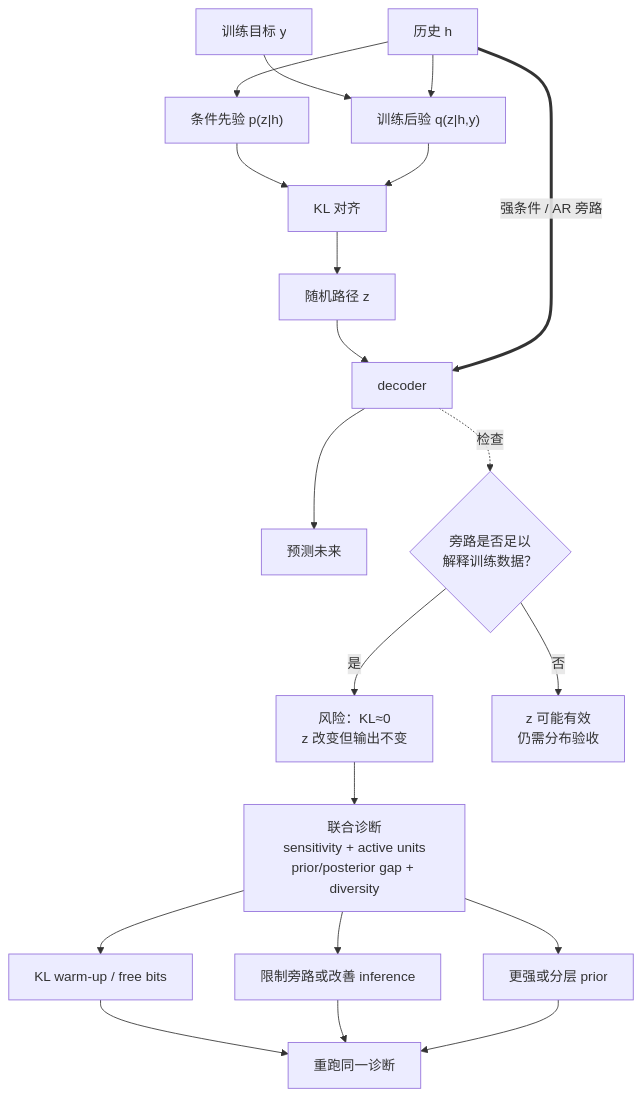
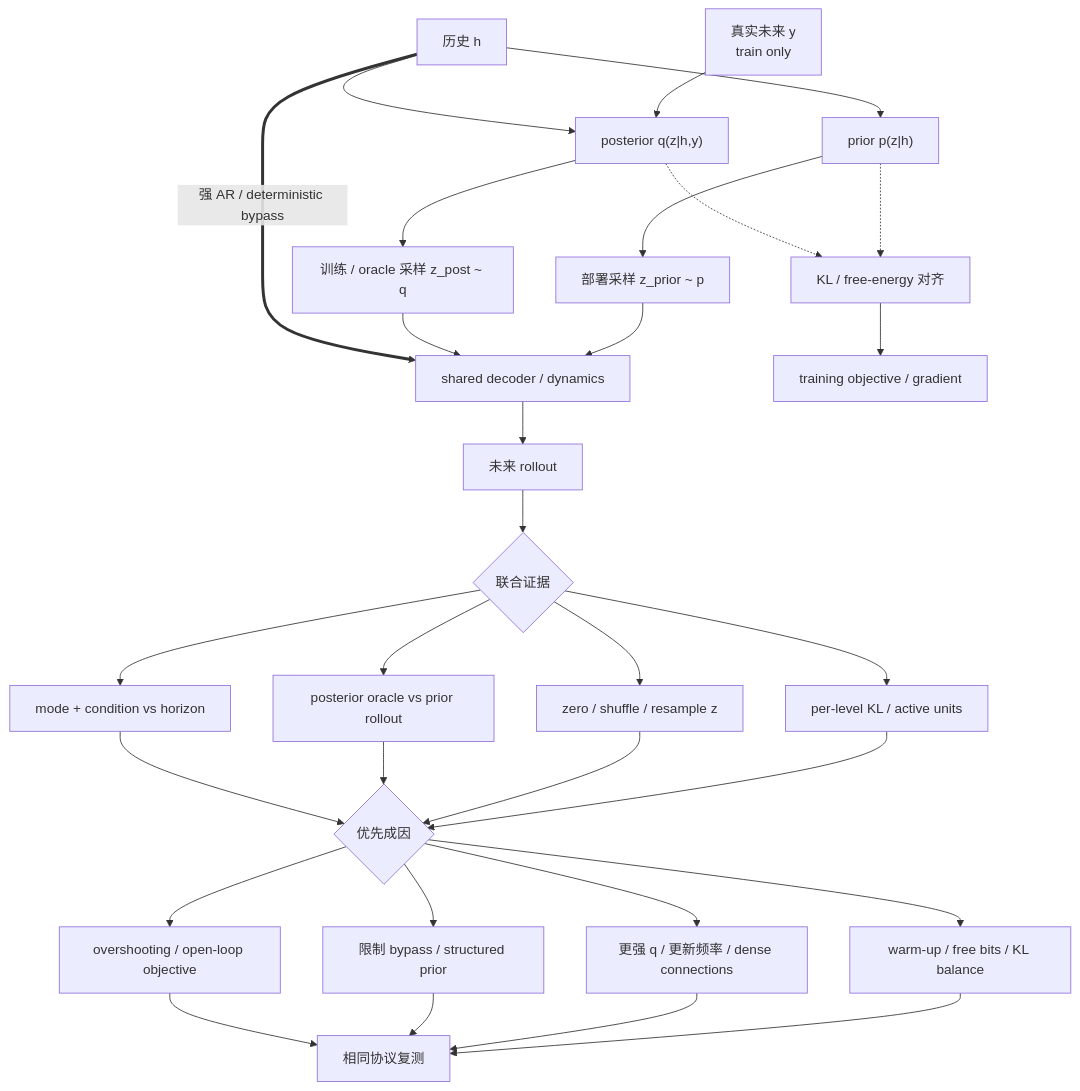
Before and after one commit to GVCLab/Video-Generation-101: the third of 3 diagrams in docs/generative-models/variational-generation.md, drawn with Mermaid. The commit also changed other lines of this file and 11 other files, not shown here.

````diff
--- a/docs/generative-models/variational-generation.md
+++ b/docs/generative-models/variational-generation.md
@@ -125,28 +233,37 @@
 ```mermaid
 flowchart TB
-    accTitle: 变分视频模型的 posterior collapse 诊断与干预
-    accDescr: 历史既可经随机潜变量也可经强解码器旁路到输出；若旁路足够强，KL 接近零且改变潜变量不改变未来，应联合用灵敏度、有效维度、先验后验差距和多样性诊断，再选择针对性干预。
+    accTitle: posterior collapse 的因果诊断与修复闭环
+    accDescr: 历史既进入随机先验和后验，也可能沿强确定性旁路直接到解码器；只有KL变小、潜变量干预无效和先验样本退化等证据联合出现，才诊断collapse，再按成因选择调度、推断、结构或多步对齐并复测。
 
-    history["历史 h"] --> prior["条件先验 p(z|h)"]
-    target["训练目标 y"] --> posterior["训练后验 q(z|h,y)"]
+    history["历史 h"] --> prior["prior p(z|h)"]
+    target["真实未来 y<br/>train only"] --> posterior["posterior q(z|h,y)"]
     history --> posterior
-    prior --> kl["KL 对齐"]
-    posterior --> kl
-    kl --> latent["随机路径 z"]
-    latent --> decoder["decoder"]
-    history ==>|"强条件 / AR 旁路"| decoder
-    decoder --> future["预测未来"]
+    prior --> zprior["部署采样 z_prior ~ p"]
+    posterior --> zpost["训练 / oracle 采样 z_post ~ q"]
+    zprior --> decoder["shared decoder / dynamics"]
+    zpost --> decoder
+    prior -.-> kl["KL / free-energy 对齐"]
+    posterior -.-> kl
+    kl --> objective["training objective / gradient"]
+    history ==>|"强 AR / deterministic bypass"| decoder
+    decoder --> future["未来 rollout"]
 
-    bypass{"旁路是否足以<br/>解释训练数据？"}
-    decoder -.检查.-> bypass
-    bypass -->|"是"| collapse["风险：KL≈0<br/>z 改变但输出不变"]
-    bypass -->|"否"| used["z 可能有效<br/>仍需分布验收"]
+    future --> evidence{"联合证据"}
+    evidence --> klsmall["per-level KL / active units"]
+    evidence --> intervene["zero / shuffle / resample z"]
+    evidence --> gap["posterior oracle vs prior rollout"]
+    evidence --> horizon["mode + condition vs horizon"]
 
-    collapse --> diagnose["联合诊断<br/>sensitivity + active units<br/>prior/posterior gap + diversity"]
-    diagnose --> schedule["KL warm-up / free bits"]
-    diagnose --> capacity["限制旁路或改善 inference"]
-    diagnose --> structure["更强或分层 prior"]
-    schedule --> recheck["重跑同一诊断"]
-    capacity --> recheck
-    structure --> recheck
+    klsmall --> cause{"优先成因"}
+    intervene --> cause
+    gap --> cause
+    horizon --> cause
+    cause --> schedule["warm-up / free bits / KL balance"]
+    cause --> inference["更强 q / 更新频率 / dense connections"]
+    cause --> structure["限制 bypass / structured prior"]
+    cause --> multistep["overshooting / open-loop objective"]
+    schedule --> rerun["相同协议复测"]
+    inference --> rerun
+    structure --> rerun
+    multistep --> rerun
 ```
````
